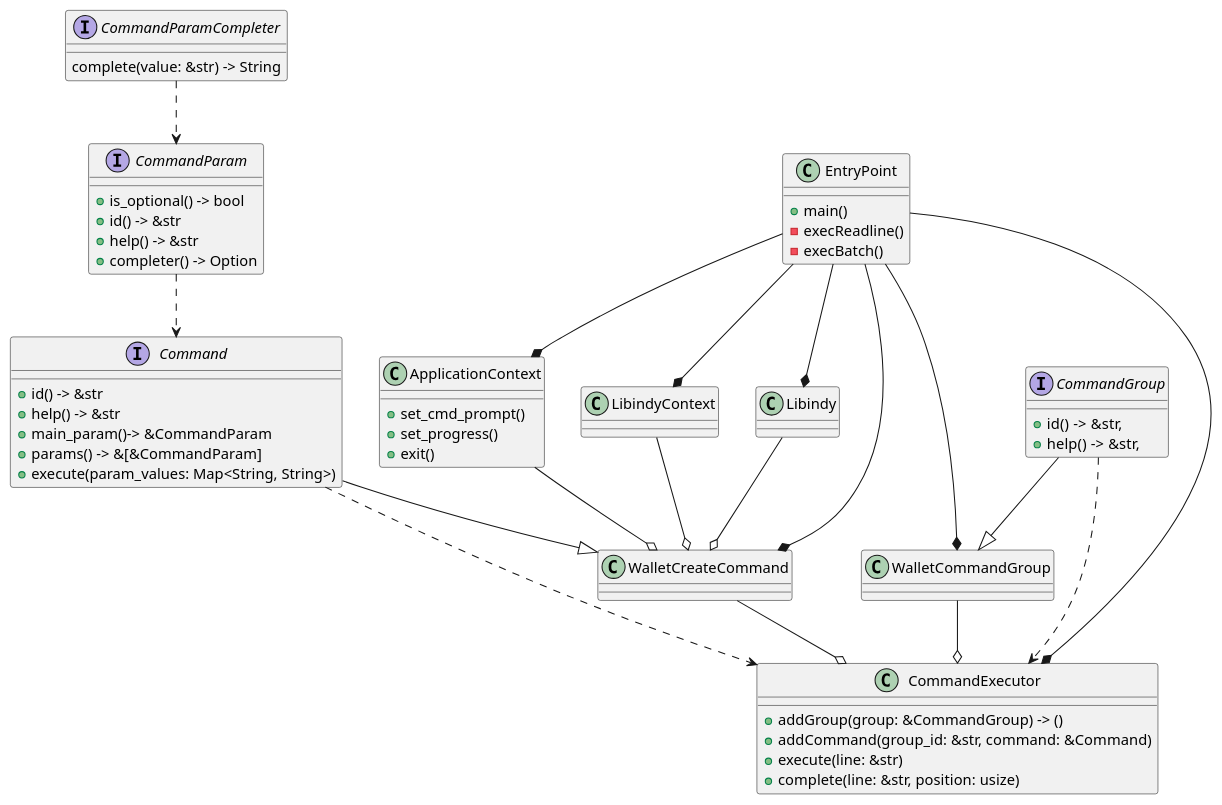
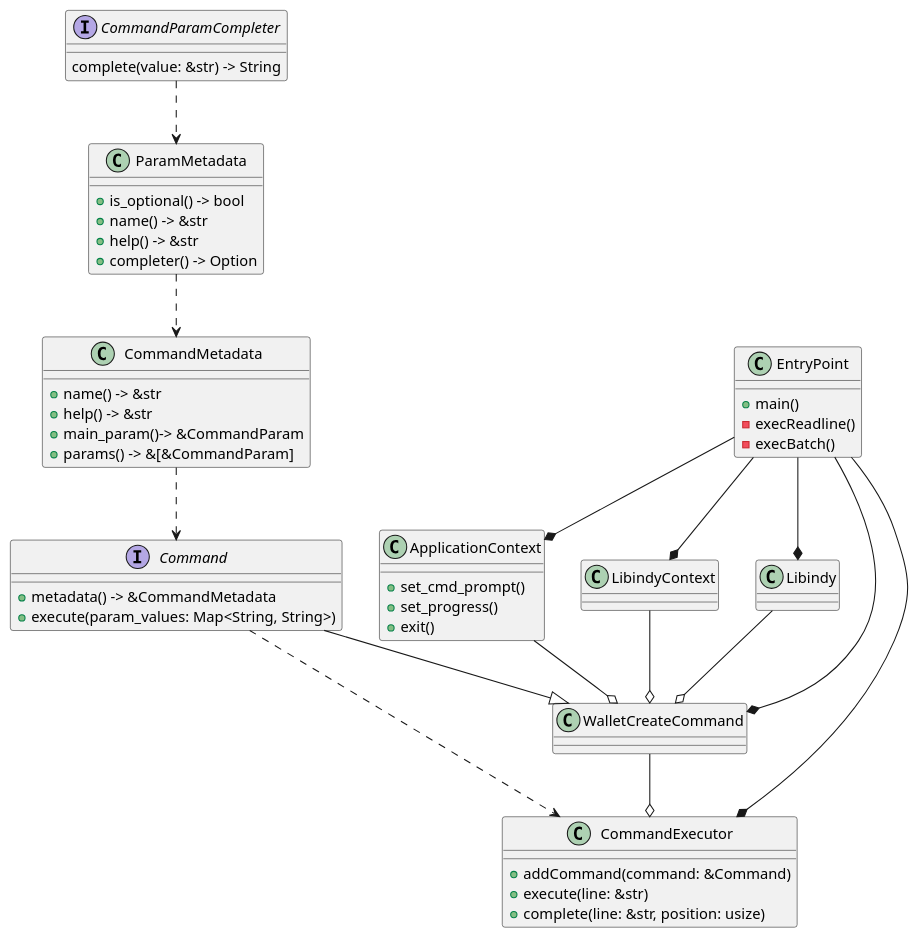
One commit to hyperledger-archives/indy-sdk changed the diagram in cli/src/docs/components.wsd. Above: the diagram before and after it, drawn with PlantUML. The commit also changed 4 other files, not shown here.

Commit message:
* Initial command executor implementation

```diff
--- a/cli/src/docs/components.wsd
+++ b/cli/src/docs/components.wsd
@@ -1,71 +1,65 @@
 @startuml CLI components
 
 interface CommandParamCompleter {
     complete(value: &str) -> String
 }
 
-interface CommandParam {
+class ParamMetadata {
     +is_optional() -> bool
-    +id() -> &str
+    +name() -> &str
     +help() -> &str
     +completer() -> Option<&Completer>
 }
-CommandParamCompleter ..> CommandParam
+CommandParamCompleter ..> ParamMetadata
 
-interface Command {
-    +id() -> &str
+class CommandMetadata {
+    +name() -> &str
     +help() -> &str
     +main_param()-> &CommandParam
     +params() -> &[&CommandParam]
+}
+ParamMetadata ..> CommandMetadata
+
+interface Command {    
+    +metadata() -> &CommandMetadata
     +execute(param_values: Map<String, String>)
 }
-CommandParam ..> Command
-
-interface CommandGroup {
-    +id() -> &str,
-    +help() -> &str,
-}
+CommandMetadata ..> Command
 
 class EntryPoint {
     +main()
     -execReadline()
     -execBatch()
 }
 
 class ApplicationContext {
     +set_cmd_prompt()
     +set_progress()
     +exit()
 }
 EntryPoint --* ApplicationContext
 
 class LibindyContext
 EntryPoint --* LibindyContext
 
 class Libindy
 EntryPoint --* Libindy
 
 class WalletCreateCommand
 Command --|> WalletCreateCommand
 EntryPoint --* WalletCreateCommand
 ApplicationContext --o WalletCreateCommand
 LibindyContext --o WalletCreateCommand
 Libindy --o WalletCreateCommand
 
-class WalletCommandGroup
-CommandGroup --|> WalletCommandGroup
-EntryPoint --* WalletCommandGroup
 
-class CommandExecutor {
-    +addGroup(group: &CommandGroup) -> ()
-    +addCommand(group_id: &str, command: &Command)
+class CommandExecutor {    
+    +addCommand(command: &Command)
     +execute(line: &str)
     +complete(line: &str, position: usize)
 }
 EntryPoint --* CommandExecutor
 Command ..> CommandExecutor
-CommandGroup ..> CommandExecutor
 WalletCreateCommand --o CommandExecutor
-WalletCommandGroup --o CommandExecutor
 
 @enduml
```
